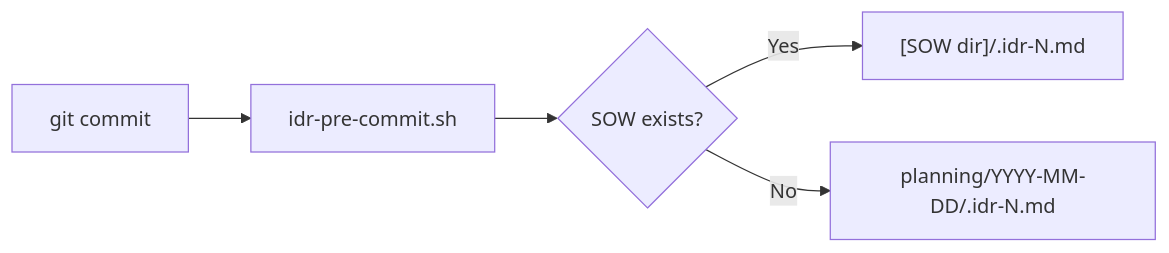
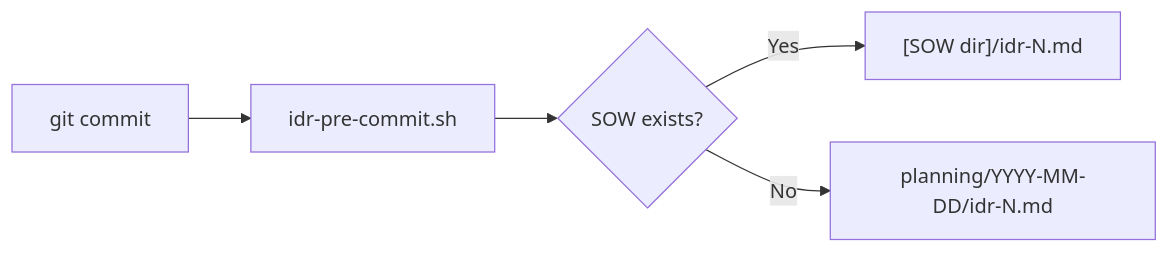
Before and after one commit to thkt/dotclaude: the third of 3 diagrams in .ja/docs/HOOKS.md, drawn with Mermaid. The commit also changed other lines of this file and 10 other files, not shown here.

````diff
--- a/.ja/docs/HOOKS.md
+++ b/.ja/docs/HOOKS.md
@@ -121,7 +121,7 @@
 ```mermaid
 flowchart LR
     C[git commit] --> H[idr-pre-commit.sh]
     H --> F{SOW exists?}
-    F -->|Yes| S["[SOW dir]/.idr-N.md"]
-    F -->|No| D["planning/YYYY-MM-DD/.idr-N.md"]
+    F -->|Yes| S["[SOW dir]/idr-N.md"]
+    F -->|No| D["planning/YYYY-MM-DD/idr-N.md"]
 ```
````
